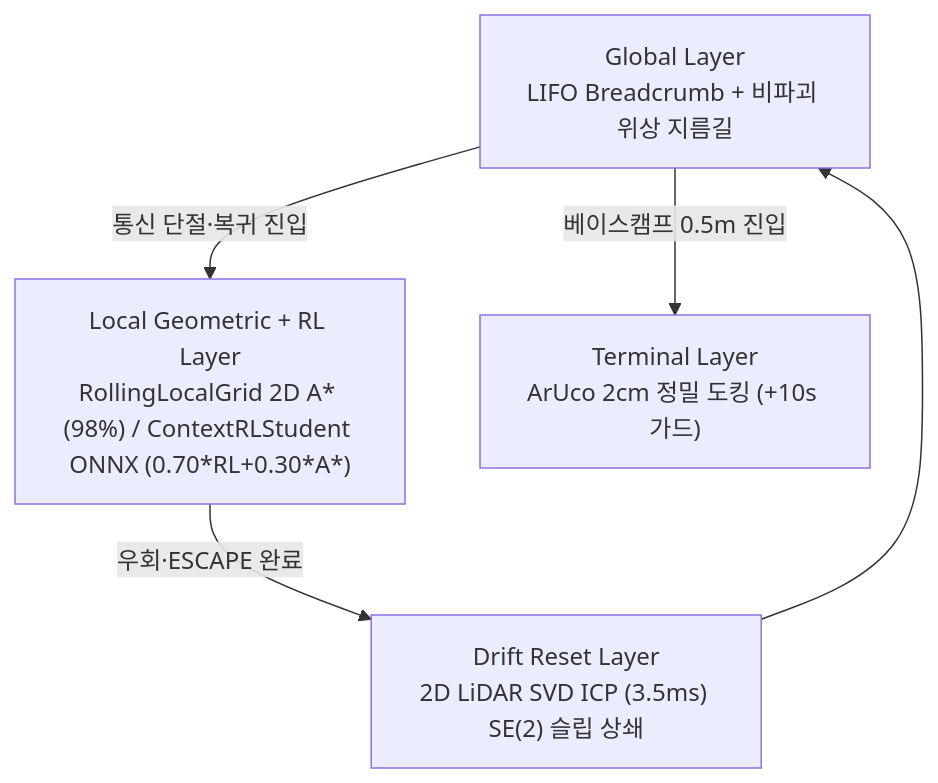
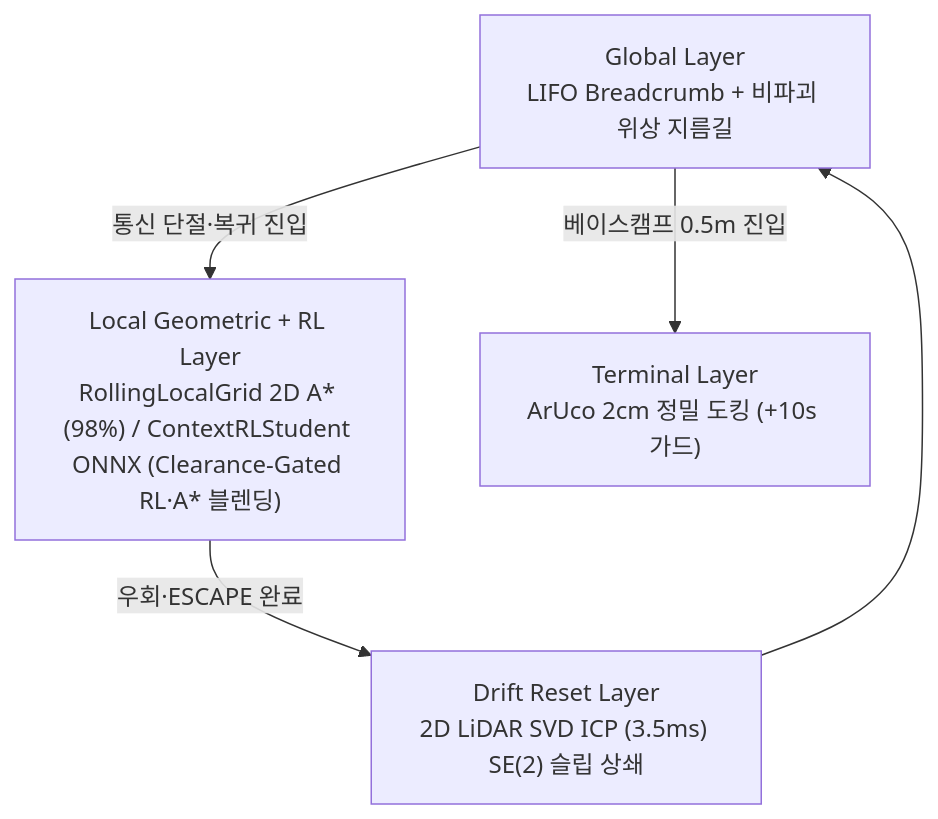
The third of 3 diagrams in README.md (rjw136-lab/disaster_recovery_ws), drawn with Mermaid before and after one commit. The commit also changed other lines of this file and 6 other files, not shown here.

````diff
--- a/README.md
+++ b/README.md
@@ -240,7 +240,7 @@
 ```mermaid
 flowchart TD
-    G["Global Layer<br/>LIFO Breadcrumb + 비파괴 위상 지름길"] -->|"통신 단절·복귀 진입"| L["Local Geometric + RL Layer<br/>RollingLocalGrid 2D A* (98%) / ContextRLStudent ONNX (0.70*RL+0.30*A*)"]
+    G["Global Layer<br/>LIFO Breadcrumb + 비파괴 위상 지름길"] -->|"통신 단절·복귀 진입"| L["Local Geometric + RL Layer<br/>RollingLocalGrid 2D A* (98%) / ContextRLStudent ONNX (Clearance-Gated RL·A* 블렌딩)"]
     L -->|"우회·ESCAPE 완료"| D["Drift Reset Layer<br/>2D LiDAR SVD ICP (3.5ms) SE(2) 슬립 상쇄"]
     D --> G
     G -->|"베이스캠프 0.5m 진입"| T["Terminal Layer<br/>ArUco 2cm 정밀 도킹 (+10s 가드)"]
 ```
````
